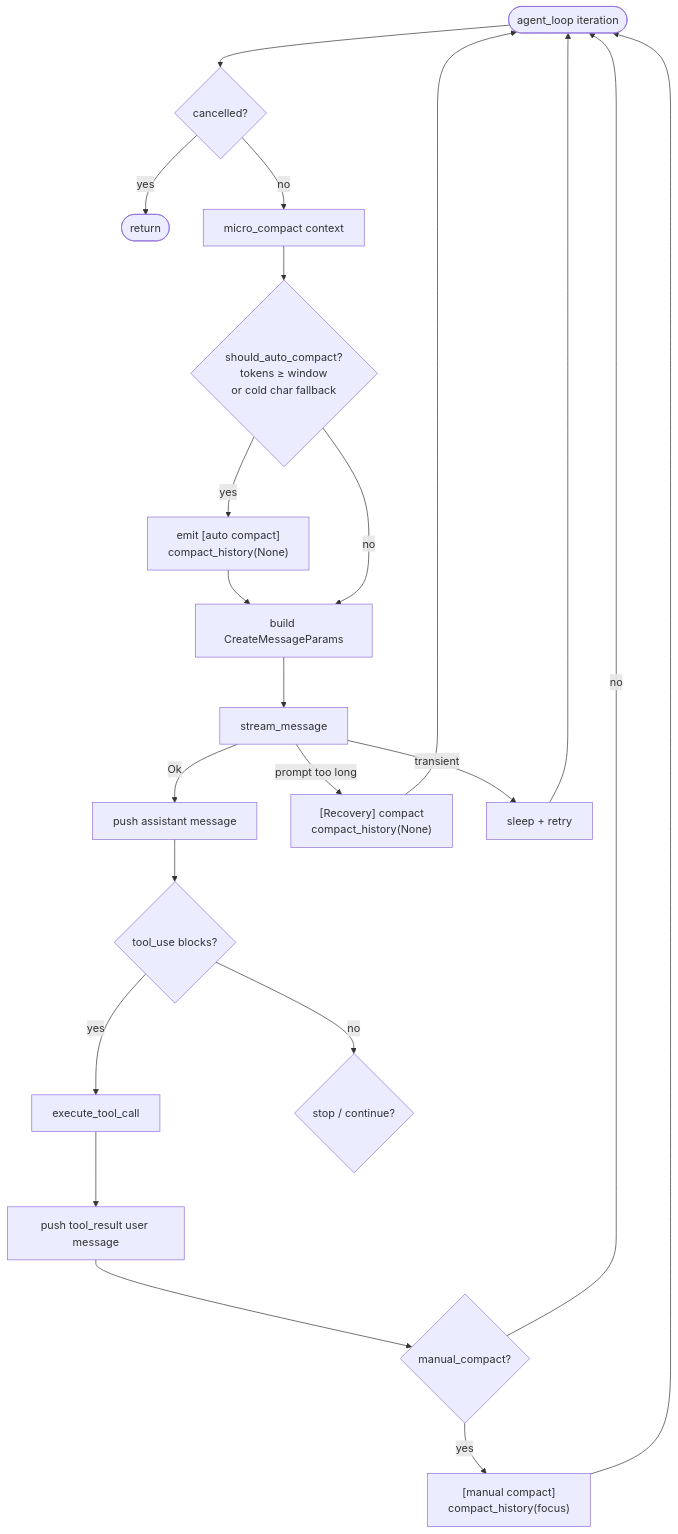
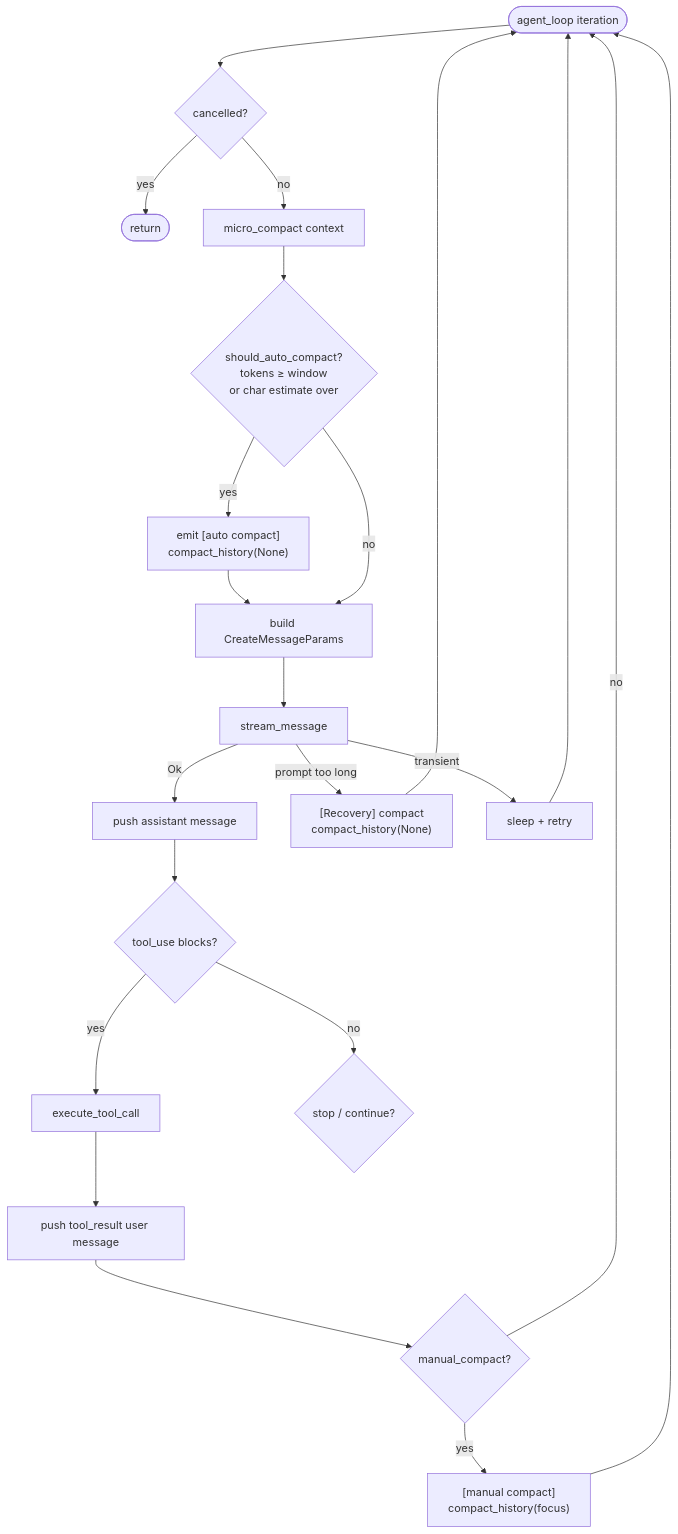
Before and after one commit to rust-infra/tact: the third of 15 diagrams in book/05_chapter_compact.md, drawn with Mermaid. The commit also changed other lines of this file and 3 other files, not shown here.

````diff
--- a/book/05_chapter_compact.md
+++ b/book/05_chapter_compact.md
@@ -84,24 +84,24 @@
 ```mermaid
 flowchart TD
     Start([agent_loop iteration]) --> Cancel{cancelled?}
     Cancel -->|yes| Exit([return])
     Cancel -->|no| MC[micro_compact context]
-    MC --> Size{should_auto_compact?<br/>tokens ≥ window<br/>or cold char fallback}
+    MC --> Size{should_auto_compact?<br/>tokens ≥ window<br/>or char estimate over}
     Size -->|yes| Auto["emit [auto compact]<br/>compact_history(None)"]
     Auto --> Build
     Size -->|no| Build[build CreateMessageParams]
     Build --> Stream[stream_message]
     Stream -->|Ok| Assist[push assistant message]
     Stream -->|prompt too long| Rec["[Recovery] compact<br/>compact_history(None)"]
     Rec --> Start
     Stream -->|transient| Backoff[sleep + retry]
     Backoff --> Start
     Assist --> Tools{tool_use blocks?}
     Tools -->|yes| Exec[execute_tool_call]
     Exec --> Persist[push tool_result user message]
     Persist --> Man{manual_compact?}
     Man -->|yes| MC2["[manual compact]<br/>compact_history(focus)"]
     MC2 --> Start
     Man -->|no| Start
     Tools -->|no| Done{stop / continue?}
 ```
````
